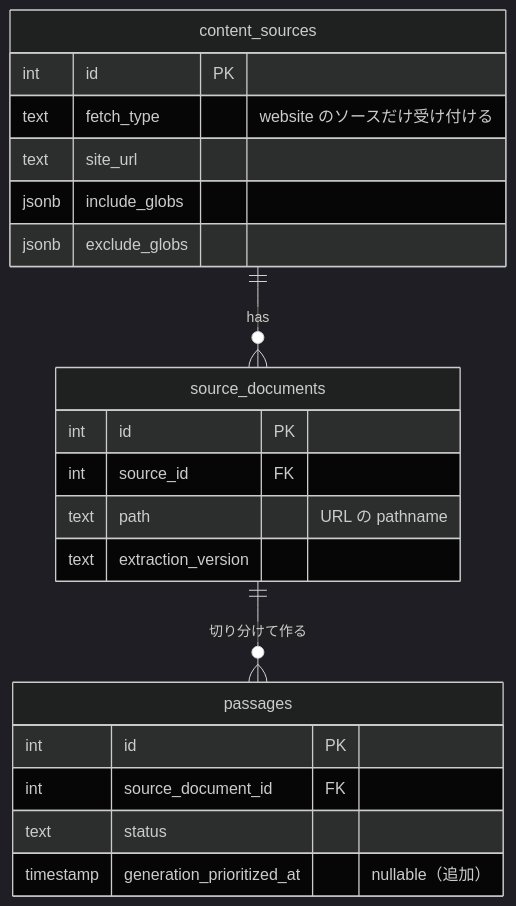
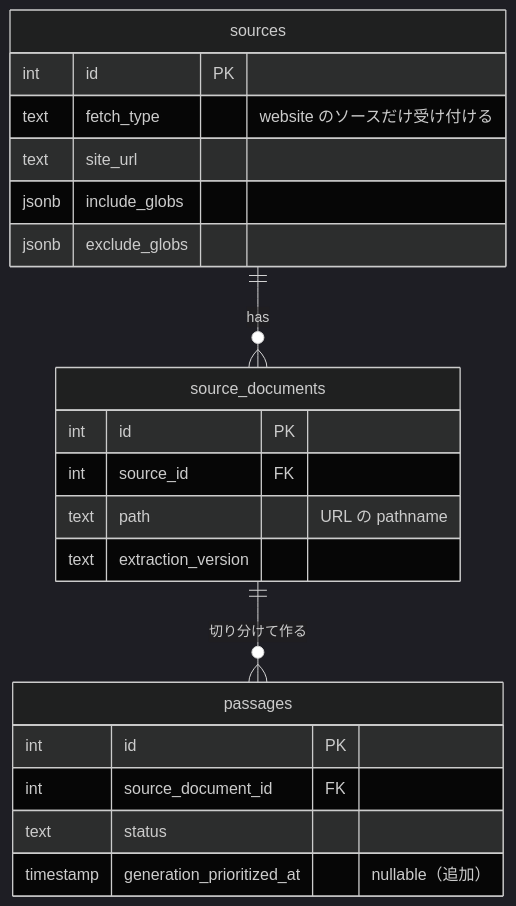
The first of 2 diagrams in docs/spec/url-import/README.md (kentakki416/tech-english), drawn with Mermaid (dark theme) before and after one commit. The commit also changed 201 other files, not shown here.

Commit message:
refactor: ソースの名前を content-source から source にそろえる（テーブル・API の path・admin の URL・識別子・ファイル名）

````diff
--- a/docs/spec/url-import/README.md
+++ b/docs/spec/url-import/README.md
@@ -218,24 +218,24 @@
 ```mermaid
 erDiagram
-    content_sources ||--o{ source_documents : has
+    sources ||--o{ source_documents : has
     source_documents ||--o{ passages : "切り分けて作る"
-    content_sources {
+    sources {
         int id PK
         text fetch_type "website のソースだけ受け付ける"
         text site_url
         jsonb include_globs
         jsonb exclude_globs
     }
     source_documents {
         int id PK
         int source_id FK
         text path "URL の pathname"
         text extraction_version
     }
     passages {
         int id PK
         int source_document_id FK
         text status
         timestamp generation_prioritized_at "nullable（追加）"
     }
 ```
````
